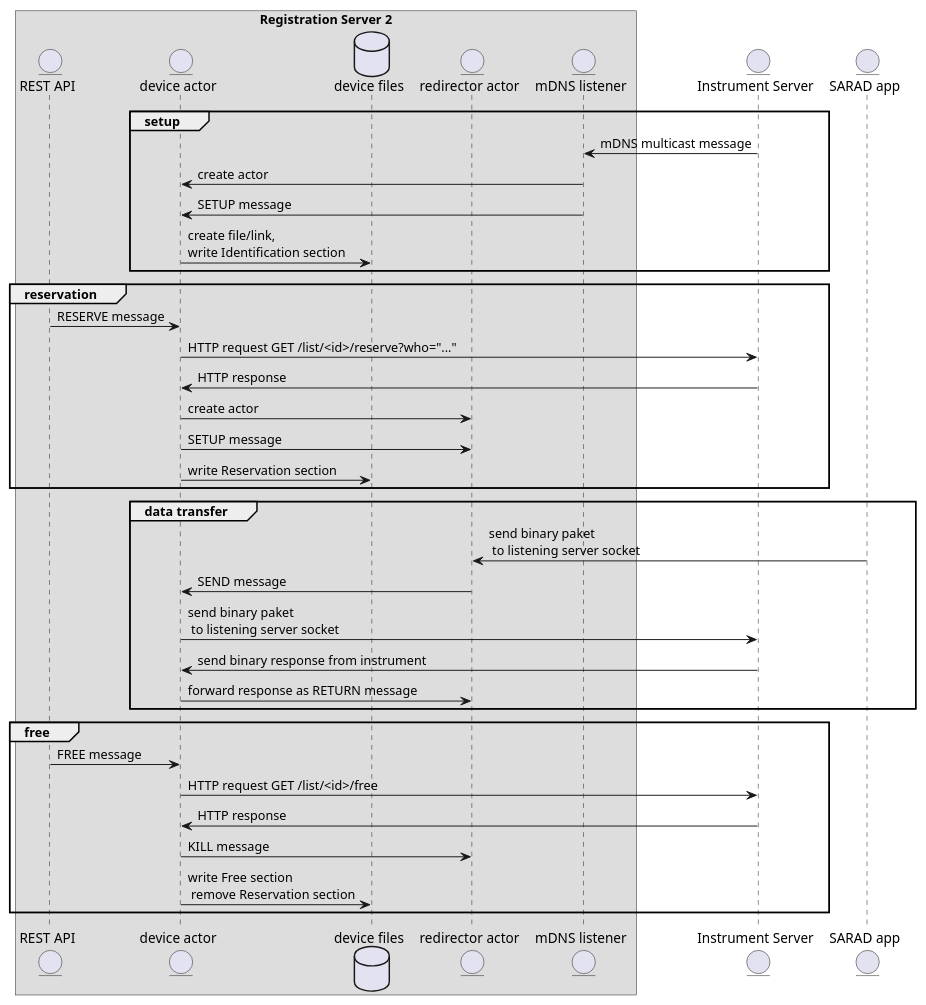
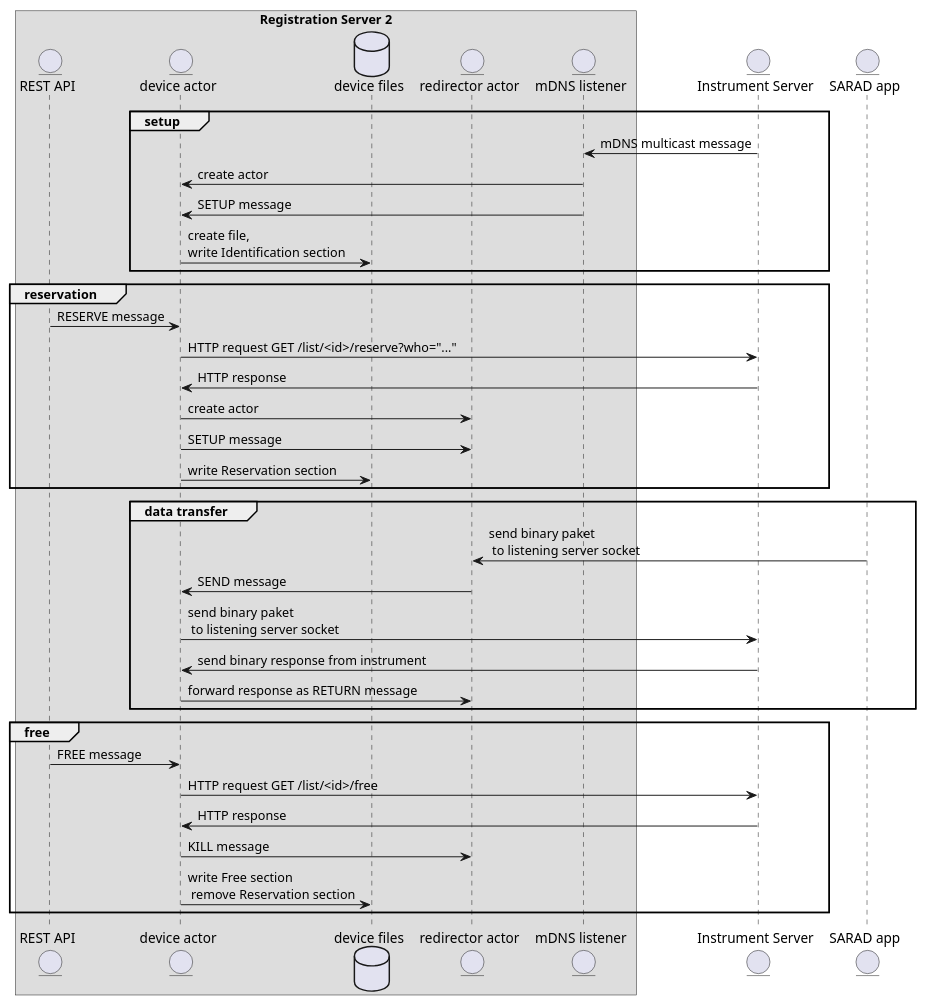
One commit to SARAD-GmbH/RegServer changed the diagram in doc/source/uml-rfc2217_actor.puml. Above: the diagram before and after it, drawn with PlantUML. The commit also changed 15 other files, not shown here.

```diff
--- a/doc/source/uml-rfc2217_actor.puml
+++ b/doc/source/uml-rfc2217_actor.puml
@@ -1,40 +1,40 @@
 @startuml
 box "Registration Server 2"
 	      entity "REST API" as api
 	      entity "device actor" as deviceactor
         database "device files" as files
         entity "redirector actor" as redirector
         entity "mDNS listener" as listener
 end box
 entity "Instrument Server" as is
 entity "SARAD app" as app
 
 group setup
         is -> listener: mDNS multicast message
         listener -> deviceactor: create actor
         listener -> deviceactor: SETUP message
-        deviceactor -> files: create file/link,\nwrite Identification section
+        deviceactor -> files: create file,\nwrite Identification section
 end
 group reservation
 	      api -> deviceactor: RESERVE message
         deviceactor -> is: HTTP request GET /list/<id>/reserve?who="..."
         is -> deviceactor: HTTP response
         deviceactor -> redirector: create actor
         deviceactor -> redirector: SETUP message
         deviceactor -> files: write Reservation section
 end
 group data transfer
 	      app -> redirector: send binary paket\n to listening server socket
         redirector -> deviceactor: SEND message
         deviceactor -> is: send binary paket\n to listening server socket
         is -> deviceactor: send binary response from instrument
         deviceactor -> redirector: forward response as RETURN message
 end
 group free
 	      api -> deviceactor: FREE message
         deviceactor -> is: HTTP request GET /list/<id>/free
         is -> deviceactor: HTTP response
         deviceactor -> redirector: KILL message
         deviceactor -> files: write Free section\n remove Reservation section
 end
 @enduml
```
